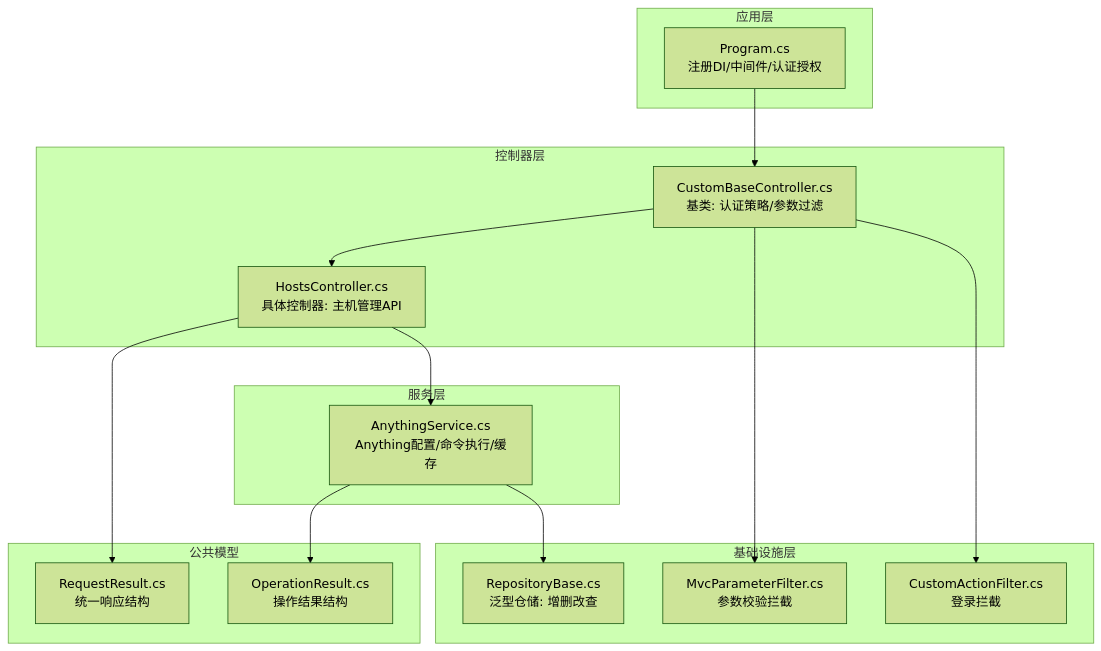
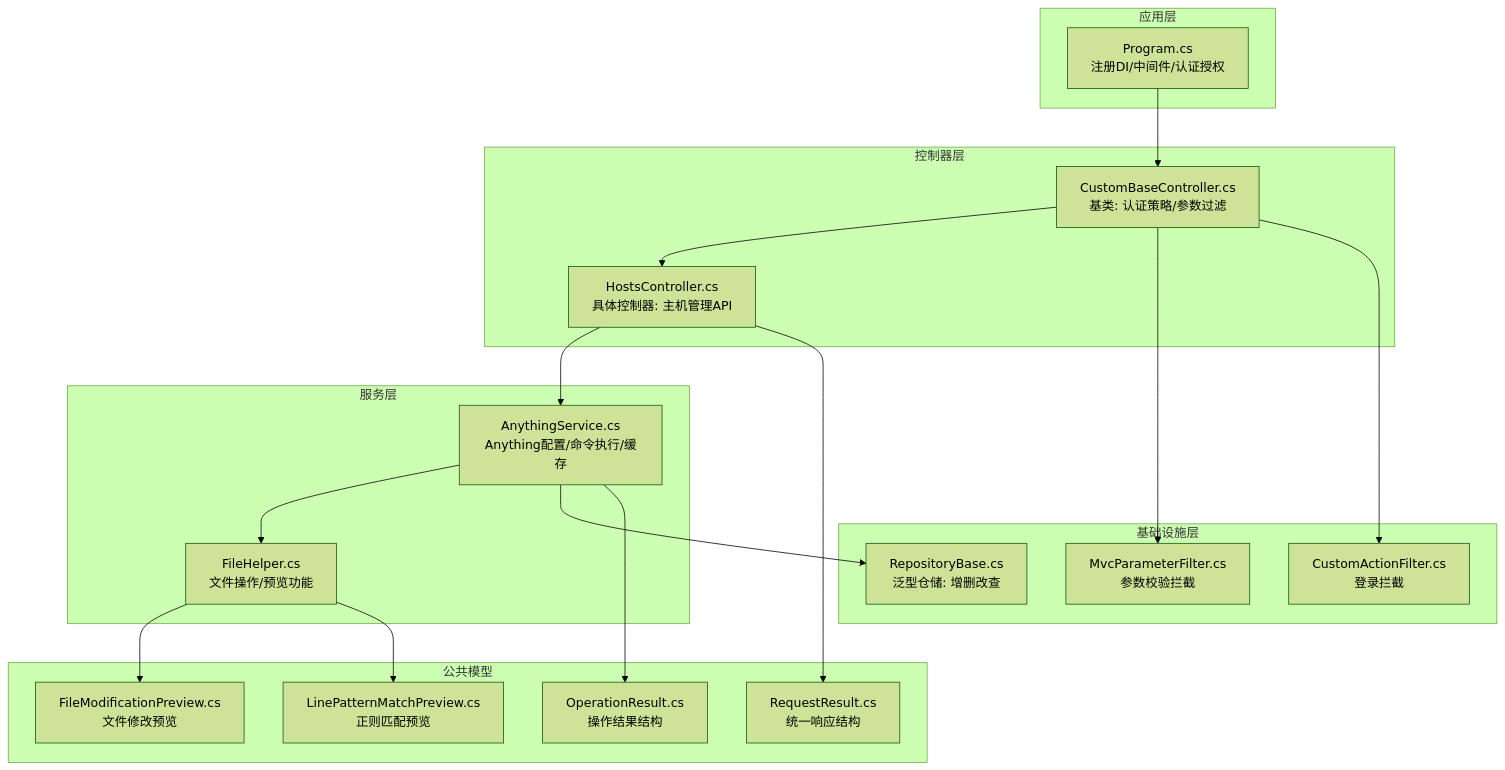
One commit to Sosososolong/AirGo changed the first of 8 diagrams in .qoder/repowiki/zh/content/项目概述/核心特性/远程主机管理/控制器集成接口.md. Above: the diagram before and after it, drawn with Mermaid (forest theme). The commit also changed other lines of this file and 12 other files, not shown here.

````diff
--- a/.qoder/repowiki/zh/content/项目概述/核心特性/远程主机管理/控制器集成接口.md
+++ b/.qoder/repowiki/zh/content/项目概述/核心特性/远程主机管理/控制器集成接口.md
@@ -43,30 +55,36 @@
 ```mermaid
 graph TB
 subgraph "应用层"
 A["Program.cs<br/>注册DI/中间件/认证授权"]
 end
 subgraph "控制器层"
 B["CustomBaseController.cs<br/>基类: 认证策略/参数过滤"]
 C["HostsController.cs<br/>具体控制器: 主机管理API"]
 end
 subgraph "服务层"
 D["AnythingService.cs<br/>Anything配置/命令执行/缓存"]
+E["FileHelper.cs<br/>文件操作/预览功能"]
 end
 subgraph "基础设施层"
-E["RepositoryBase.cs<br/>泛型仓储: 增删改查"]
-F["MvcParameterFilter.cs<br/>参数校验拦截"]
-G["CustomActionFilter.cs<br/>登录拦截"]
+F["RepositoryBase.cs<br/>泛型仓储: 增删改查"]
+G["MvcParameterFilter.cs<br/>参数校验拦截"]
+H["CustomActionFilter.cs<br/>登录拦截"]
 end
 subgraph "公共模型"
-H["RequestResult.cs<br/>统一响应结构"]
-I["OperationResult.cs<br/>操作结果结构"]
+I["RequestResult.cs<br/>统一响应结构"]
+J["OperationResult.cs<br/>操作结果结构"]
+K["FileModificationPreview.cs<br/>文件修改预览"]
+L["LinePatternMatchPreview.cs<br/>正则匹配预览"]
 end
 A --> B
 B --> C
 C --> D
 D --> E
-B --> F
+D --> F
 B --> G
-C --> H
-D --> I
+B --> H
+C --> I
+D --> J
+E --> K
+E --> L
 ```
````
